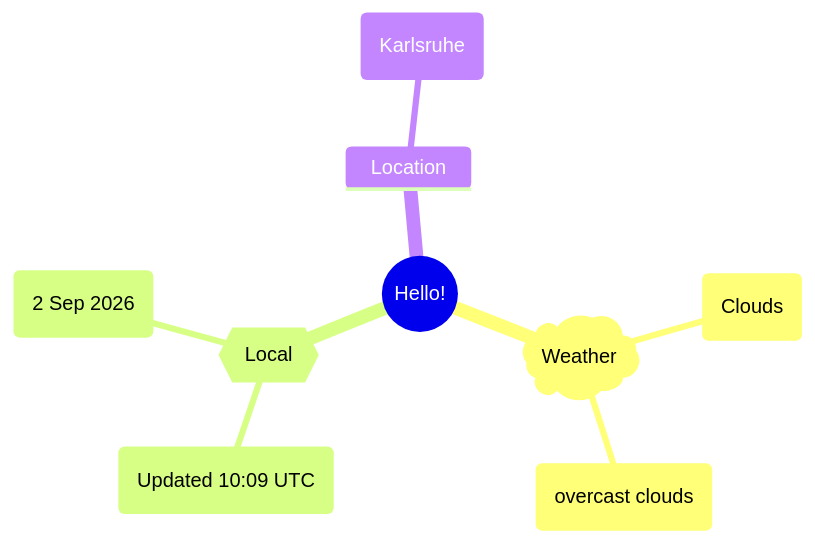
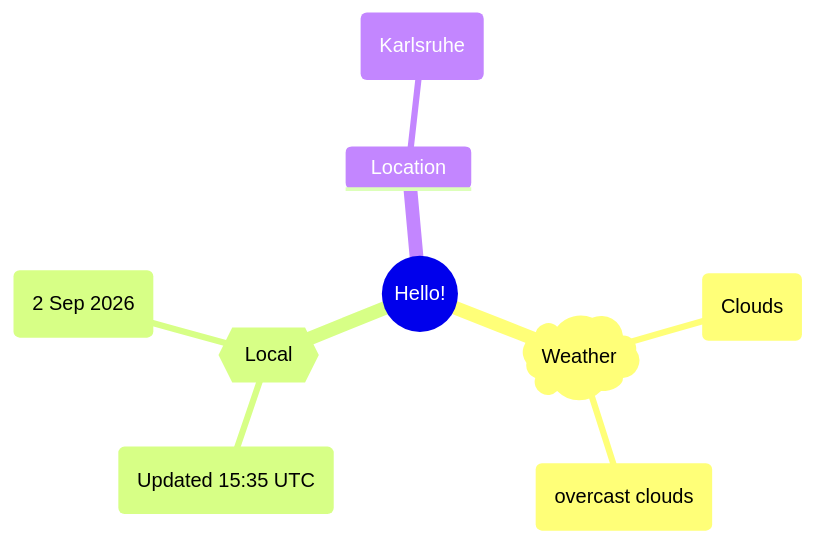
The first of 2 diagrams in README.md (Xosrov/Xosrov), drawn with Mermaid before and after one commit.

Commit message:
[bot] updated images

````diff
--- a/README.md
+++ b/README.md
@@ -3,12 +3,12 @@
 ```mermaid
 mindmap
   root((Hello!))
     )Weather(
         (Clouds)
         (overcast clouds)
     {{Local}}
-        (Updated 10:09 UTC)
+        (Updated 15:35 UTC)
         (2 Sep 2026)
     Location
         (Karlsruhe)
 ```
````
